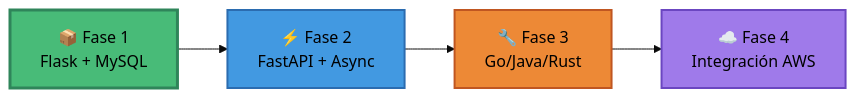
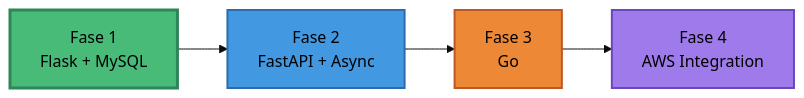
Before and after one commit to KatzeeDev/asgard-transactions-service: the diagram in README.md, drawn with Mermaid. The commit also changed other lines of this file and 10 other files, not shown here.

````diff
--- a/README.md
+++ b/README.md
@@ -57,12 +45,12 @@
 ```mermaid
 %%{init: {'theme':'base', 'themeVariables': { 'fontSize':'16px'}}}%%
 graph LR
-    A[📦 Fase 1<br/>Flask + MySQL] --> B[⚡ Fase 2<br/>FastAPI + Async]
-    B --> C[🔧 Fase 3<br/>Go/Java/Rust]
-    C --> D[☁️ Fase 4<br/>Integración AWS]
+    A[Fase 1<br/>Flask + MySQL] --> B[Fase 2<br/>FastAPI + Async]
+    B --> C[Fase 3<br/>Go]
+    C --> D[Fase 4<br/>AWS Integration]
 
     style A fill:#48bb78,stroke:#2f855a,stroke-width:3px,color:#000
     style B fill:#4299e1,stroke:#2b6cb0,stroke-width:2px,color:#000
     style C fill:#ed8936,stroke:#c05621,stroke-width:2px,color:#000
     style D fill:#9f7aea,stroke:#6b46c1,stroke-width:2px,color:#000
 ```
````
